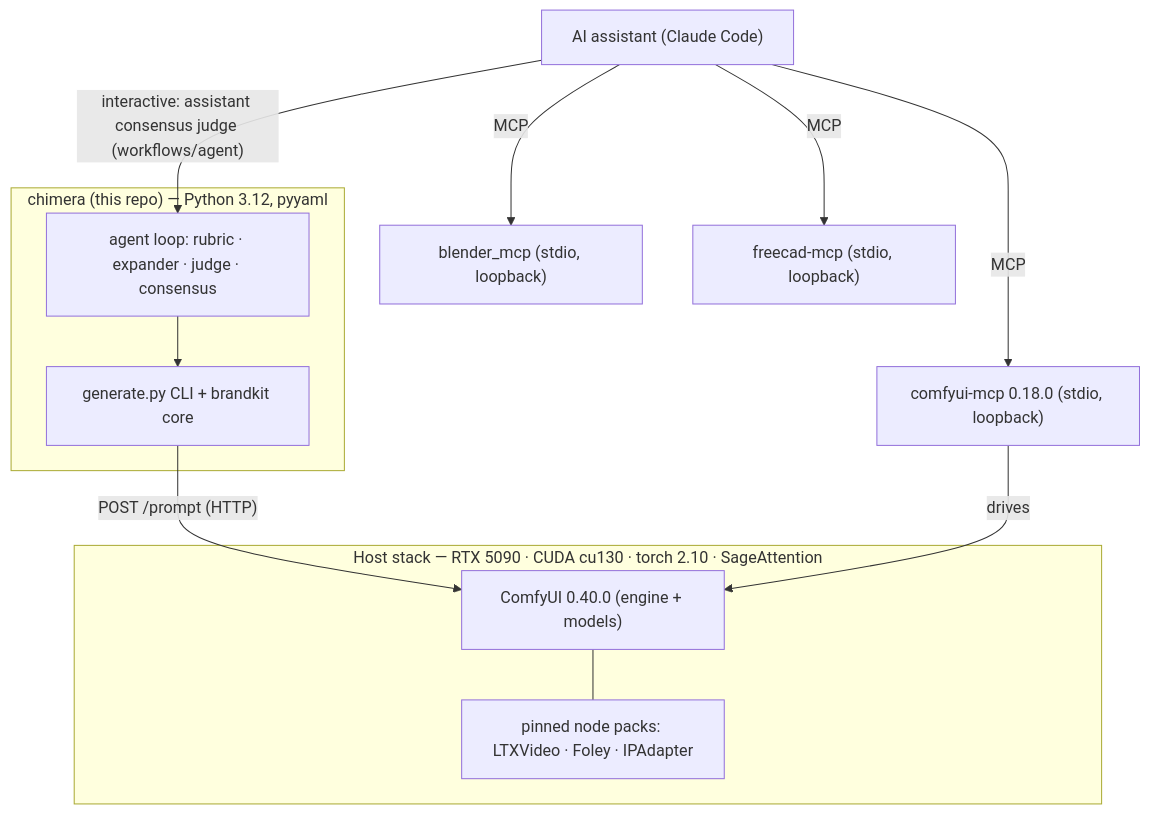
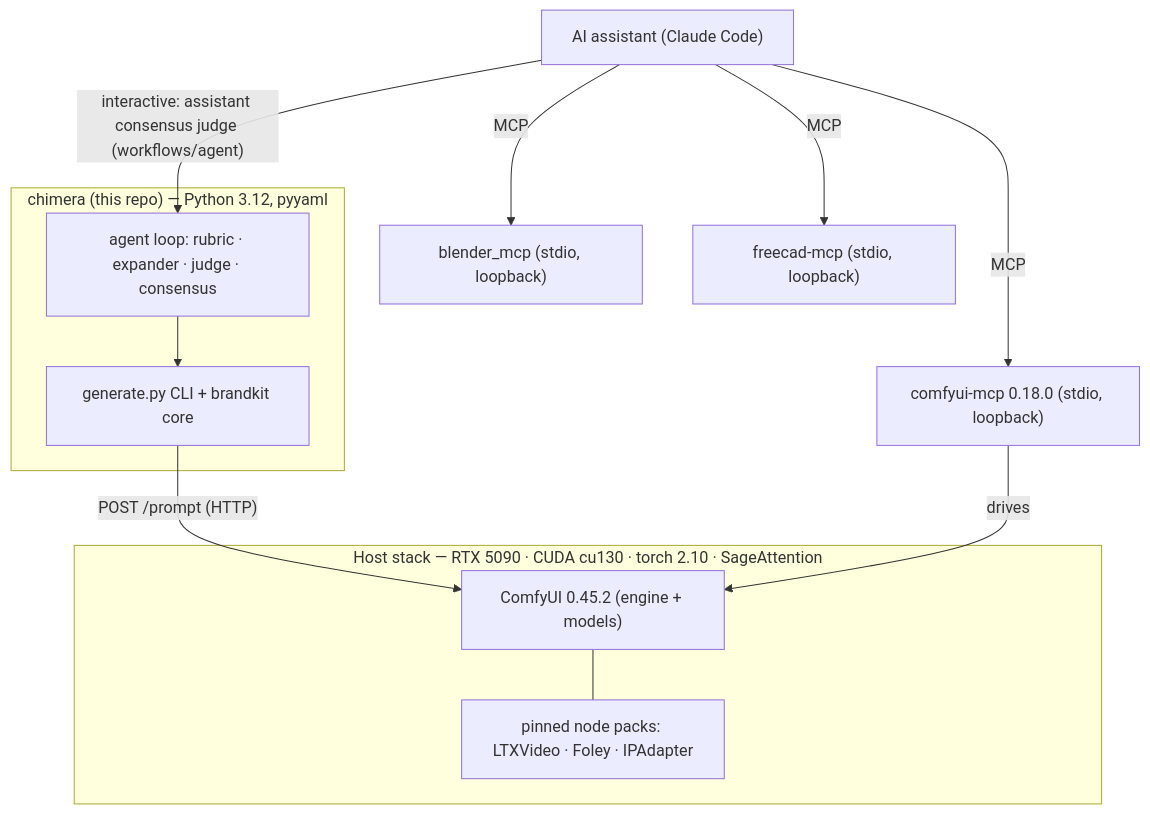
Before and after one commit to whartons/Chimera: the diagram in docs/STACK.md, drawn with Mermaid. The commit also changed other lines of this file and 61 other files, not shown here.

````diff
--- a/docs/STACK.md
+++ b/docs/STACK.md
@@ -12,22 +12,22 @@
 ```mermaid
 flowchart TD
     subgraph host["Host stack — RTX 5090 · CUDA cu130 · torch 2.10 · SageAttention"]
-        comfy["ComfyUI 0.40.0 (engine + models)"]
+        comfy["ComfyUI 0.45.2 (engine + models)"]
         packs["pinned node packs: LTXVideo · Foley · IPAdapter"]
         comfy --- packs
     end
     subgraph chimera["chimera (this repo) — Python 3.12, pyyaml"]
         cli["generate.py CLI + brandkit core"]
         agent["agent loop: rubric · expander · judge · consensus"]
     end
     mcp["comfyui-mcp 0.18.0 (stdio, loopback)"]
     cli -->|"POST /prompt (HTTP)"| comfy
     agent --> cli
     mcp -->|drives| comfy
     assistant["AI assistant (Claude Code)"] -->|MCP| mcp
     blender["blender_mcp (stdio, loopback)"]
     freecad["freecad-mcp (stdio, loopback)"]
     assistant -->|MCP| blender
     assistant -->|MCP| freecad
     assistant -->|"interactive: assistant consensus judge (workflows/agent)"| agent
 ```
````
